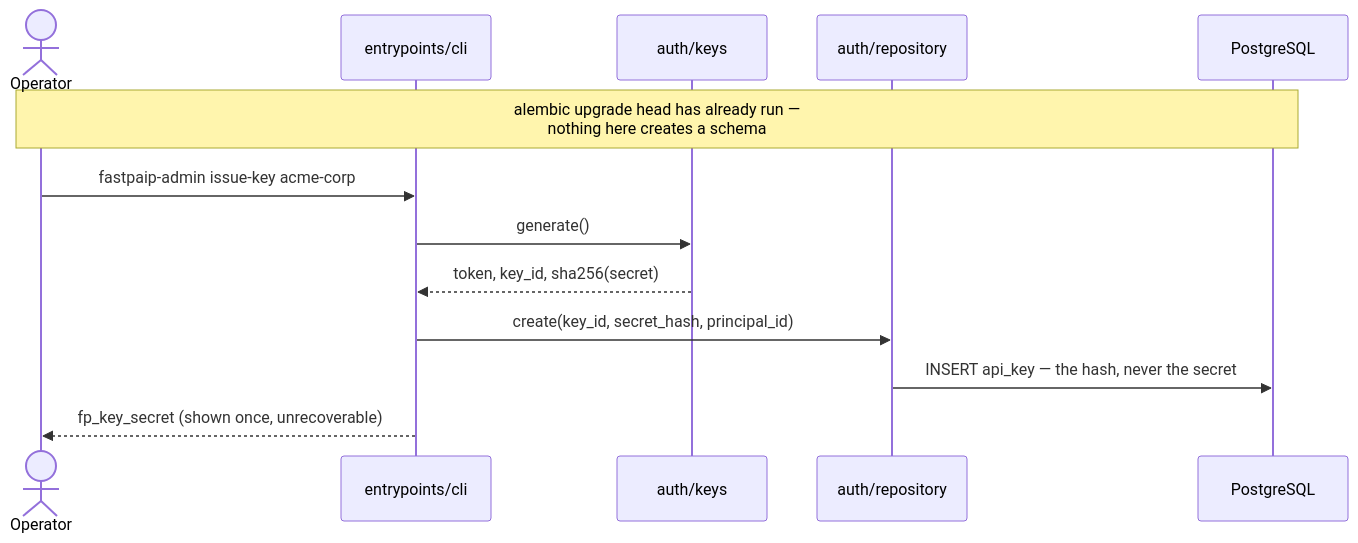
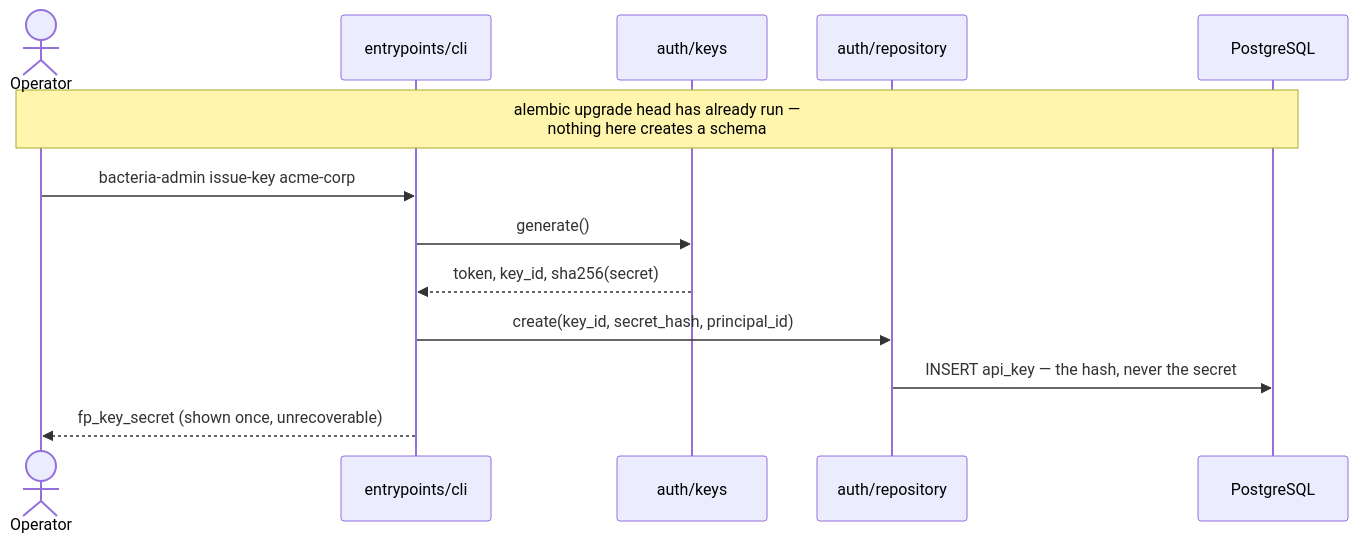
Before and after one commit to glb99/bacteria: the third of 3 diagrams in docs/ARCHITECTURE.md, drawn with Mermaid. The commit also changed other lines of this file and 259 other files, not shown here.

````diff
--- a/docs/ARCHITECTURE.md
+++ b/docs/ARCHITECTURE.md
@@ -171,16 +171,16 @@
 ```mermaid
 sequenceDiagram
     actor Operator
     participant CLI as entrypoints/cli
     participant Keys as auth/keys
     participant Repo as auth/repository
     participant DB as PostgreSQL
 
     note over Operator,DB: alembic upgrade head has already run —<br/>nothing here creates a schema
-    Operator->>CLI: fastpaip-admin issue-key acme-corp
+    Operator->>CLI: bacteria-admin issue-key acme-corp
     CLI->>Keys: generate()
     Keys-->>CLI: token, key_id, sha256(secret)
     CLI->>Repo: create(key_id, secret_hash, principal_id)
     Repo->>DB: INSERT api_key — the hash, never the secret
     CLI-->>Operator: fp_key_secret (shown once, unrecoverable)
 ```
````
